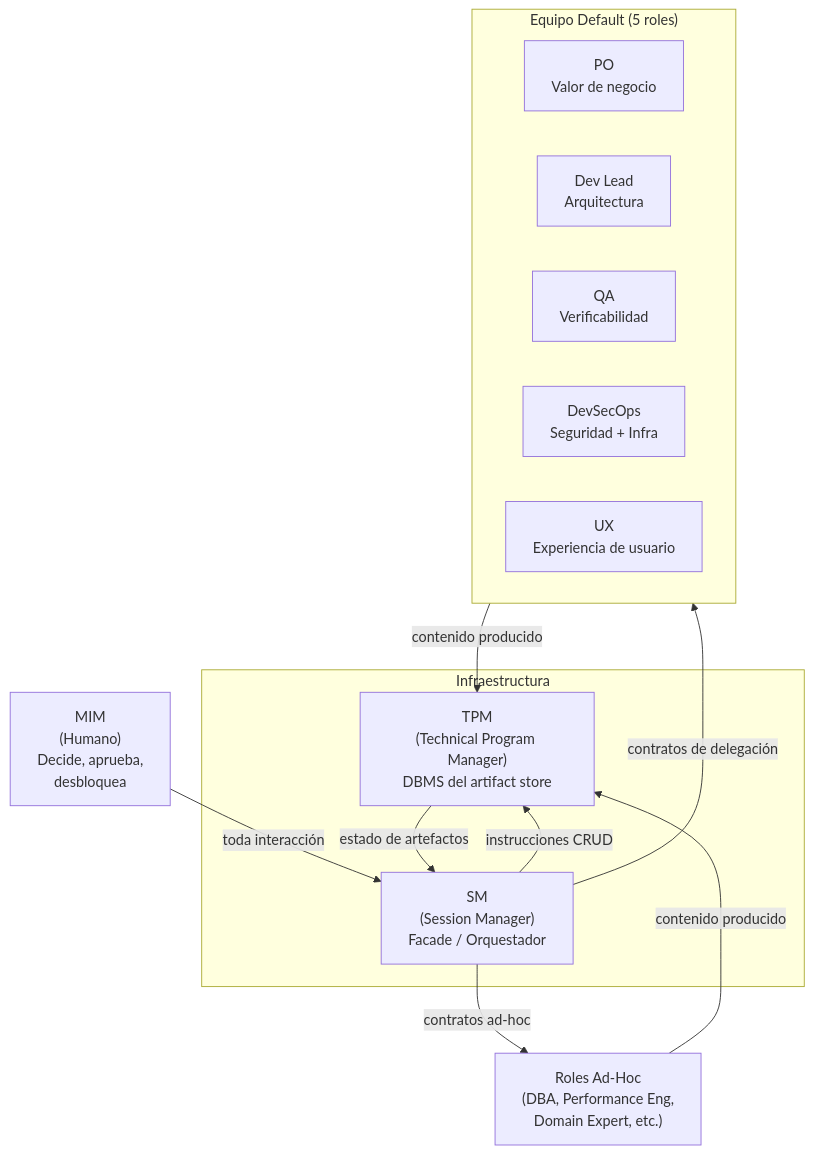
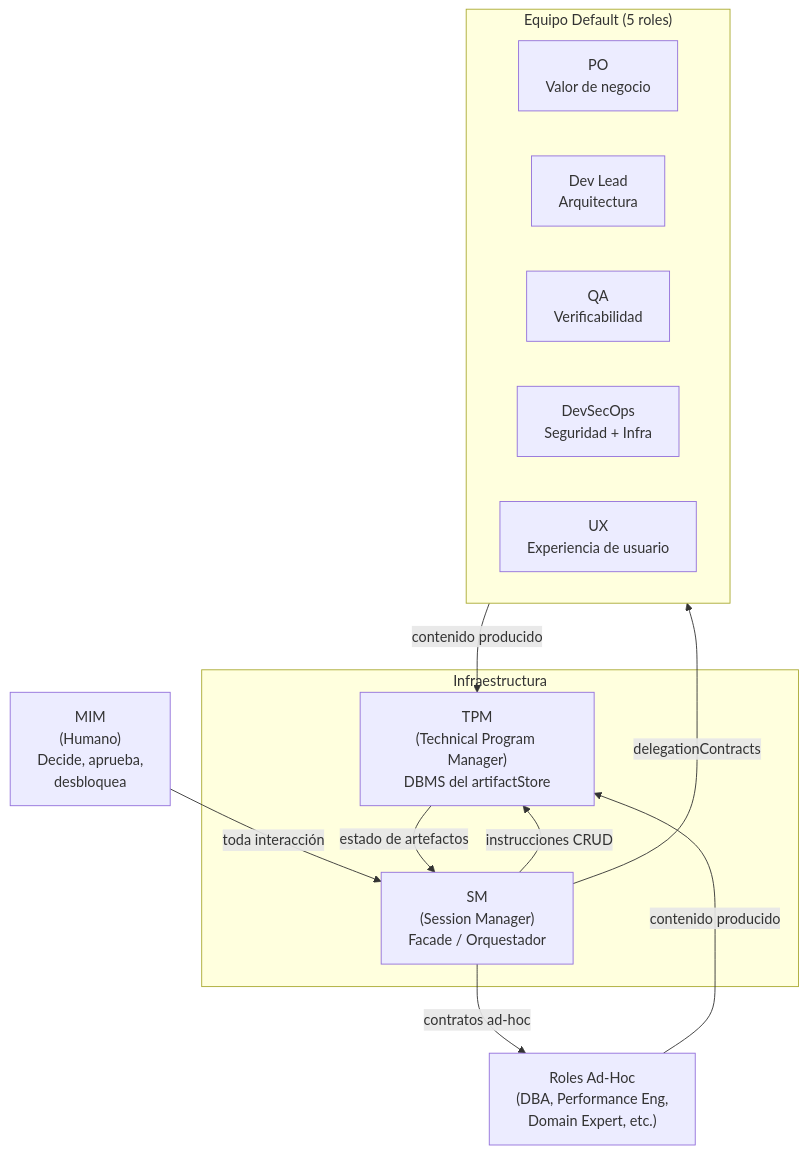
The first of 11 diagrams in docs/overview.md (virgenherrera/idea-to-mvp), drawn with Mermaid before and after one commit. The commit also changed other lines of this file and 30 other files, not shown here.

````diff
--- a/docs/overview.md
+++ b/docs/overview.md
@@ -25,29 +39,29 @@
 ```mermaid
 %% Relación entre actores del framework
 flowchart TD
     MIM["MIM\n(Humano)\nDecide, aprueba,\ndesbloquea"]
 
     subgraph INFRA["Infraestructura"]
         SM["SM\n(Session Manager)\nFacade / Orquestador"]
-        TPM["TPM\n(Technical Program Manager)\nDBMS del artifact store"]
+        TPM["TPM\n(Technical Program Manager)\nDBMS del artifactStore"]
     end
 
     subgraph DEFAULT_TEAM["Equipo Default (5 roles)"]
         direction LR
         PO["PO\nValor de negocio"]
         DEV["Dev Lead\nArquitectura"]
         QA["QA\nVerificabilidad"]
         SEC["DevSecOps\nSeguridad + Infra"]
         UX["UX\nExperiencia de usuario"]
     end
 
     ADHOC["Roles Ad-Hoc\n(DBA, Performance Eng,\nDomain Expert, etc.)"]
 
     MIM -->|"toda interacción"| SM
-    SM -->|"contratos de delegación"| DEFAULT_TEAM
+    SM -->|"delegationContracts"| DEFAULT_TEAM
     SM -->|"contratos ad-hoc"| ADHOC
     SM -->|"instrucciones CRUD"| TPM
     TPM -->|"estado de artefactos"| SM
     DEFAULT_TEAM -->|"contenido producido"| TPM
     ADHOC -->|"contenido producido"| TPM
 ```
````
